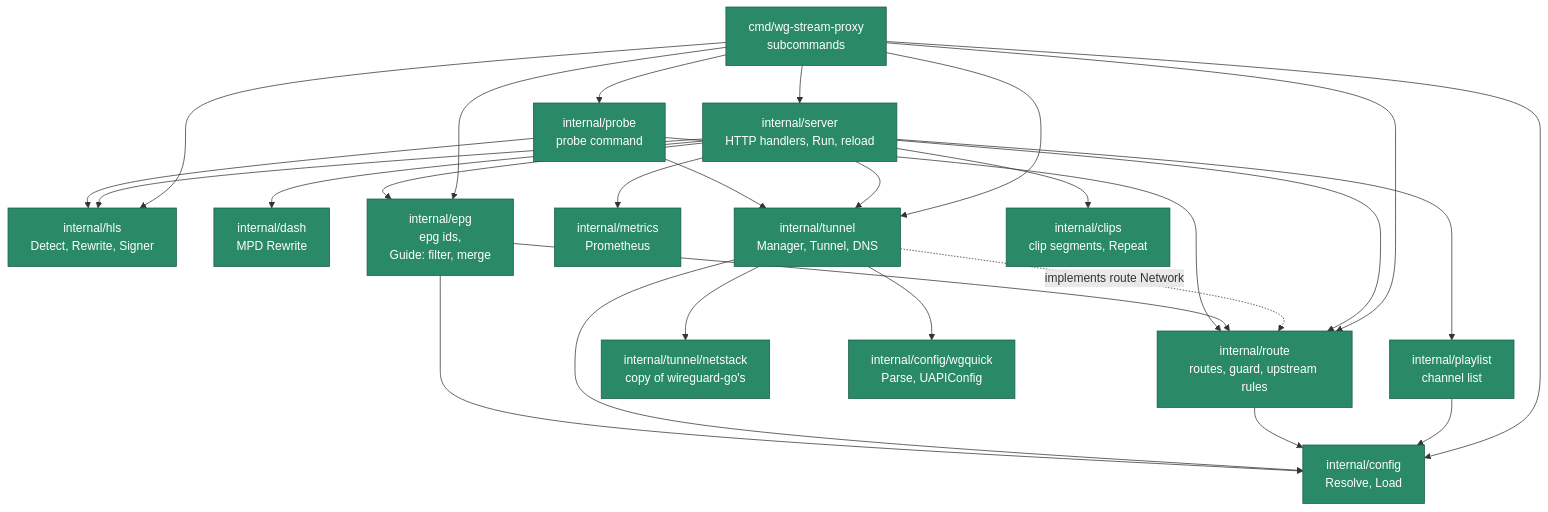
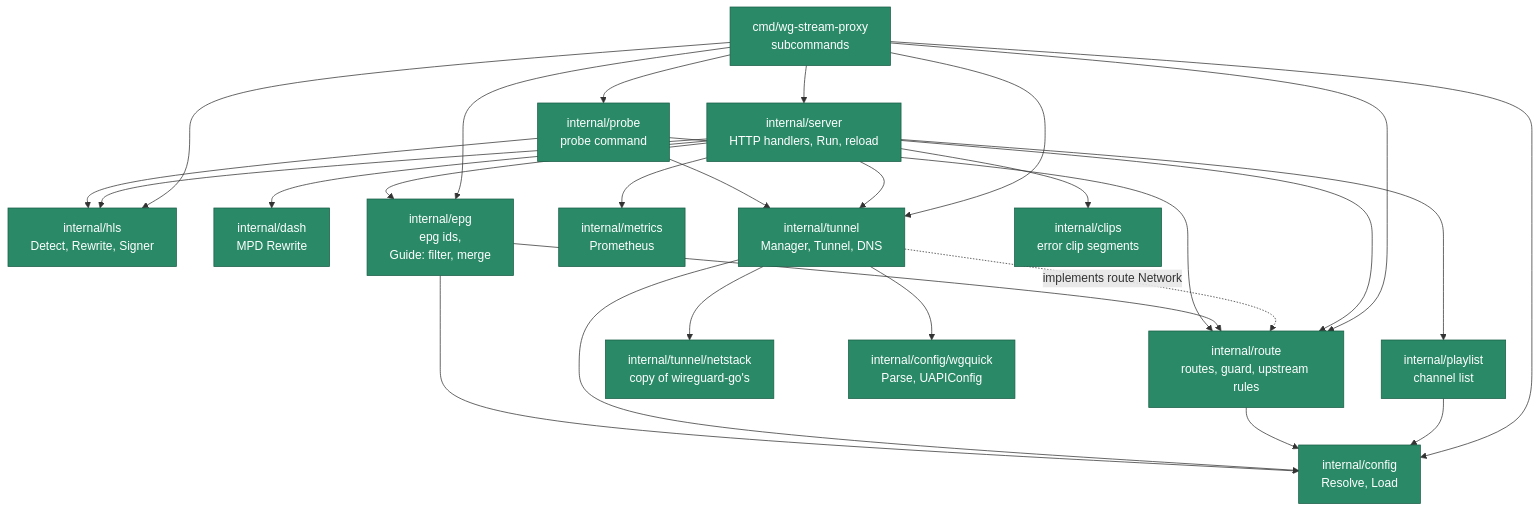
Before and after one commit to KingOfKalk/wg-stream-proxy: diagram 15 of 18 in docs/architecture.md, drawn with Mermaid. The commit also changed other lines of this file and 20 other files, not shown here.

Commit message:
refactor(clips)!: remove the in-flight clip plumbing (#146)

````diff
--- a/docs/architecture.md
+++ b/docs/architecture.md
@@ -885,28 +885,28 @@
 ```mermaid
 flowchart TD
     main["cmd/wg-stream-proxy<br/>subcommands"]:::done
     server["internal/server<br/>HTTP handlers, Run, reload"]:::done
     playlist["internal/playlist<br/>channel list"]:::done
     hls["internal/hls<br/>Detect, Rewrite, Signer"]:::done
     dash["internal/dash<br/>MPD Rewrite"]:::done
     route["internal/route<br/>routes, guard, upstream rules"]:::done
     tunnel["internal/tunnel<br/>Manager, Tunnel, DNS"]:::done
     netstack["internal/tunnel/netstack<br/>copy of wireguard-go's"]:::done
     config["internal/config<br/>Resolve, Load"]:::done
     wgquick["internal/config/wgquick<br/>Parse, UAPIConfig"]:::done
     metrics["internal/metrics<br/>Prometheus"]:::done
     epg["internal/epg<br/>epg ids,<br/>Guide: filter, merge"]:::done
-    clips["internal/clips<br/>clip segments, Repeat"]:::done
+    clips["internal/clips<br/>error clip segments"]:::done
     probe["internal/probe<br/>probe command"]:::done
 
     main --> server & config & epg & probe & route & tunnel & hls
     server --> playlist & hls & dash & route & tunnel & metrics & clips & epg
     playlist --> config
     route --> config
     tunnel -. "implements route Network" .-> route
     tunnel --> config & wgquick & netstack
     epg --> config & route
     probe --> hls & route & tunnel
 
     classDef done fill:#2a8a68,stroke:#1a5e46,color:#ffffff
 ```
````
